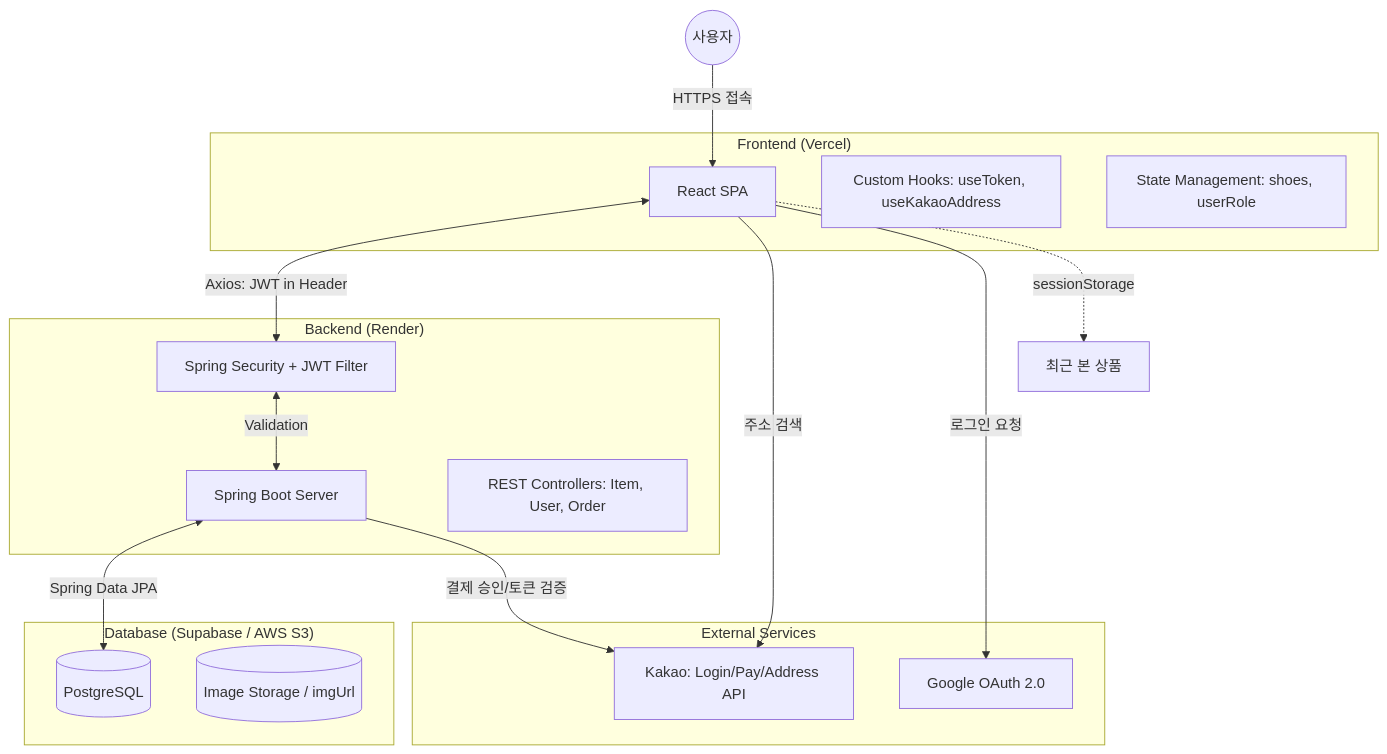
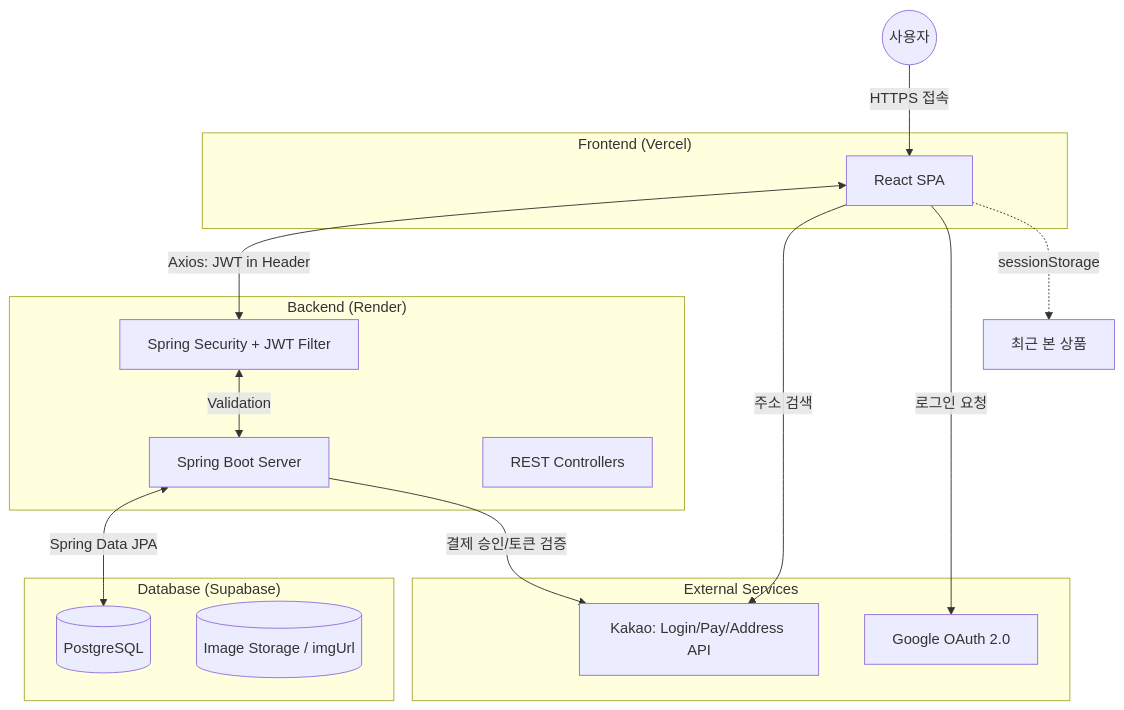
The diagram in README.md (alsdudrj/react-shoe-shop-project), drawn with Mermaid before and after one commit.

````diff
--- a/README.md
+++ b/README.md
@@ -98,40 +98,35 @@
 ```mermaid
 graph TD
     User((사용자))
     
     subgraph "Frontend (Vercel)"
         React[React SPA]
-        Hook[Custom Hooks: useToken, useKakaoAddress]
-        State[State Management: shoes, userRole]
     end
 
     subgraph "Backend (Render)"
         SpringBoot[Spring Boot Server]
         Security[Spring Security + JWT Filter]
-        Controller[REST Controllers: Item, User, Order]
+        Controller[REST Controllers]
     end
 
-    subgraph "Database (Supabase / AWS S3)"
+    subgraph "Database (Supabase)"
         DB[(PostgreSQL)]
-        S3[(Image Storage / imgUrl)]
+        Storage[(Image Storage / imgUrl)]
     end
 
     subgraph "External Services"
         Kakao[Kakao: Login/Pay/Address API]
         OAuth[Google OAuth 2.0]
     end
 
-    %% 연결 관계
     User -->|HTTPS 접속| React
     React <-->|Axios: JWT in Header| Security
     Security <-->|Validation| SpringBoot
     SpringBoot <-->|Spring Data JPA| DB
     
-    %% 외부 API 상세 흐름
     React -- "주소 검색" --> Kakao
     React -- "로그인 요청" --> OAuth
     SpringBoot -- "결제 승인/토큰 검증" --> Kakao
     
-    %% 데이터 흐름 추가
     React -.->|sessionStorage| Sidebar[최근 본 상품]
 ```
````
